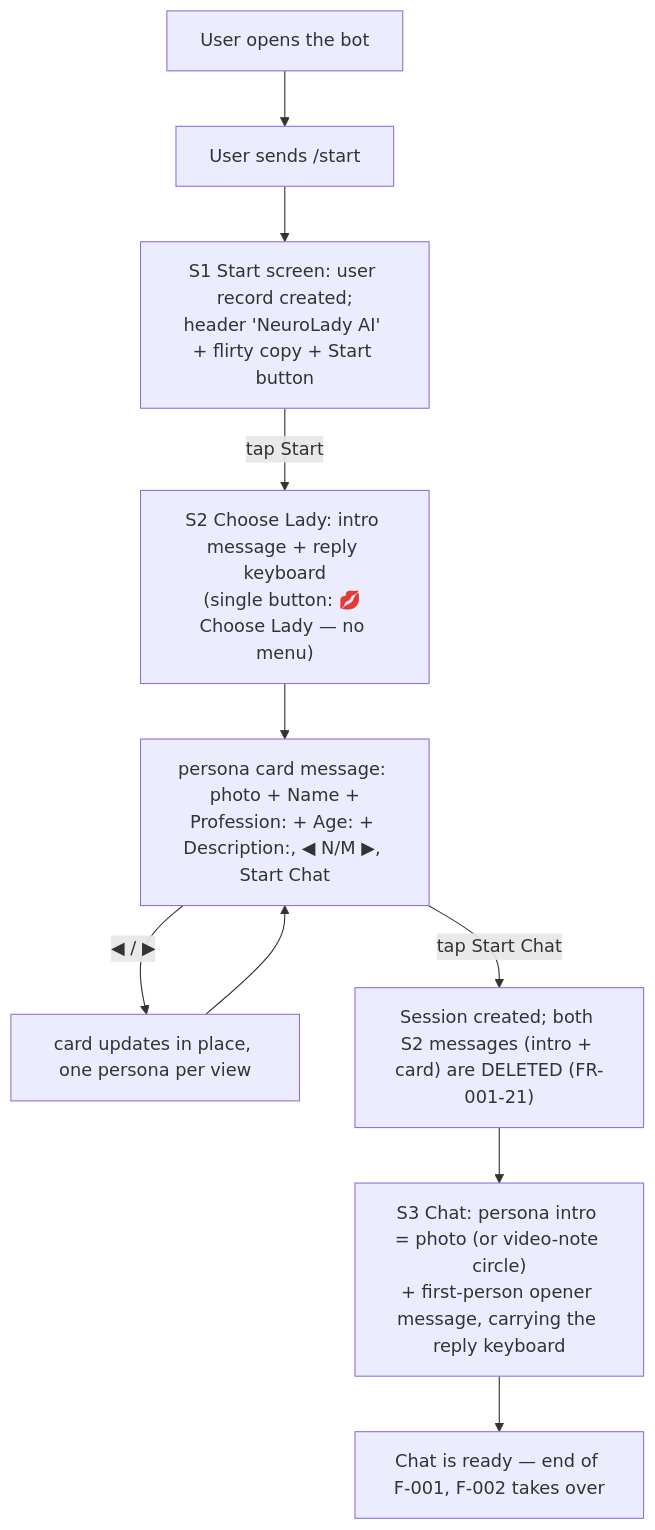
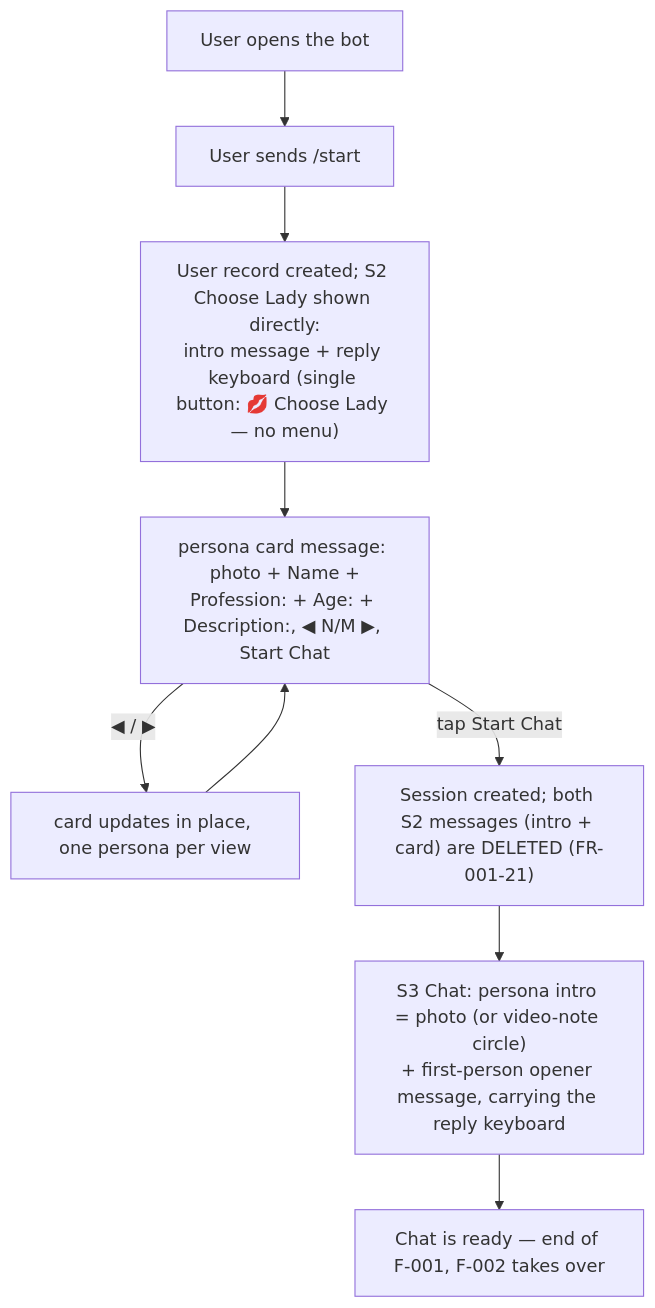
Before and after one commit to b3ly4ck/NeuroLady_Persona_Engine: the first of 3 diagrams in developer files/features/F-001-onboarding-persona-selection.md, drawn with Mermaid. The commit also changed other lines of this file and 11 other files, not shown here.

First line of the commit message:
v0.22.1 [fix]: remove Welcome/Start screen (S1) — /start opens Choose Lady directly

````diff
--- a/developer files/features/F-001-onboarding-persona-selection.md
+++ b/developer files/features/F-001-onboarding-persona-selection.md
@@ -68,12 +70,11 @@
 ```mermaid
 flowchart TD
     A[User opens the bot] --> B[User sends /start]
-    B --> C["S1 Start screen: user record created;<br/>header 'NeuroLady AI' + flirty copy + Start button"]
-    C -->|tap Start| D["S2 Choose Lady: intro message + reply keyboard<br/>(single button: 💋 Choose Lady — no menu)"]
-    D --> E["persona card message: photo + Name +<br/>Profession: + Age: + Description:, ◀ N/M ▶, Start Chat"]
-    E -->|◀ / ▶| E2["card updates in place, one persona per view"]
-    E2 --> E
-    E -->|tap Start Chat| F["Session created; both S2 messages (intro + card) are DELETED (FR-001-21)"]
-    F --> G["S3 Chat: persona intro = photo (or video-note circle)<br/>+ first-person opener message, carrying the reply keyboard"]
-    G --> I[Chat is ready — end of F-001, F-002 takes over]
+    B --> C["User record created; S2 Choose Lady shown directly:<br/>intro message + reply keyboard (single button: 💋 Choose Lady — no menu)"]
+    C --> D["persona card message: photo + Name +<br/>Profession: + Age: + Description:, ◀ N/M ▶, Start Chat"]
+    D -->|◀ / ▶| D2["card updates in place, one persona per view"]
+    D2 --> D
+    D -->|tap Start Chat| E["Session created; both S2 messages (intro + card) are DELETED (FR-001-21)"]
+    E --> F["S3 Chat: persona intro = photo (or video-note circle)<br/>+ first-person opener message, carrying the reply keyboard"]
+    F --> G[Chat is ready — end of F-001, F-002 takes over]
 ```
````
